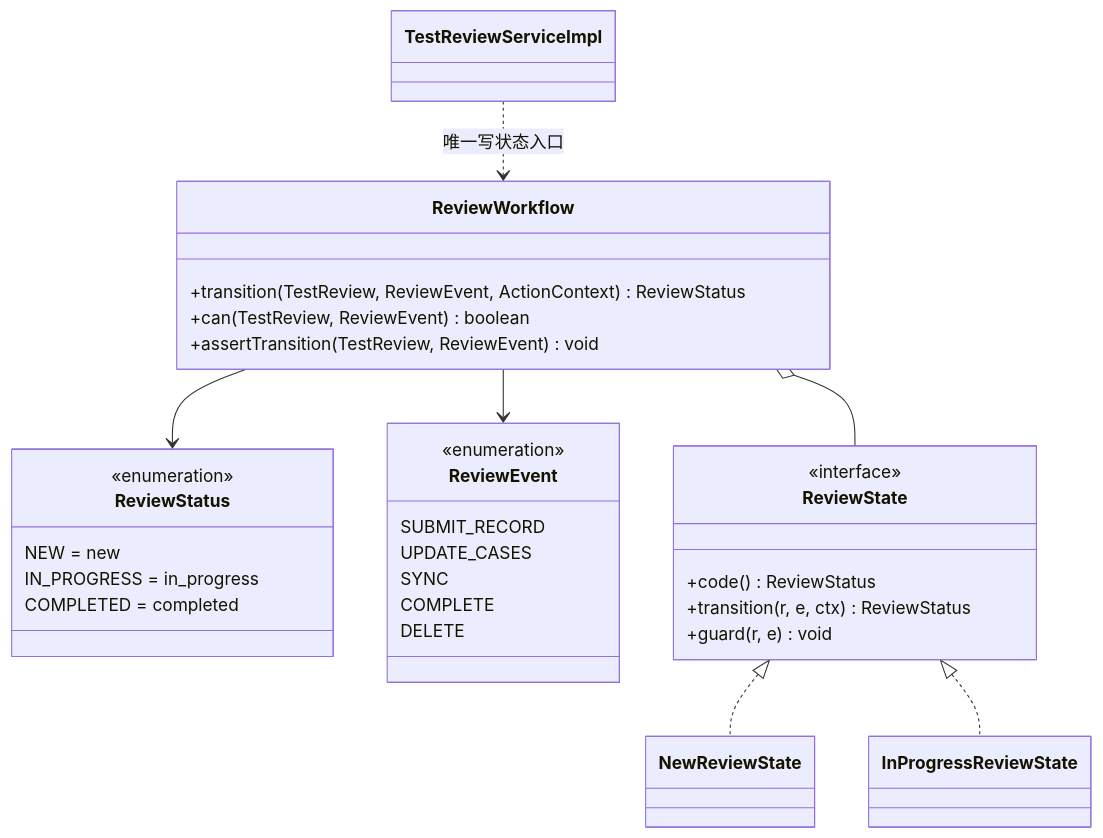
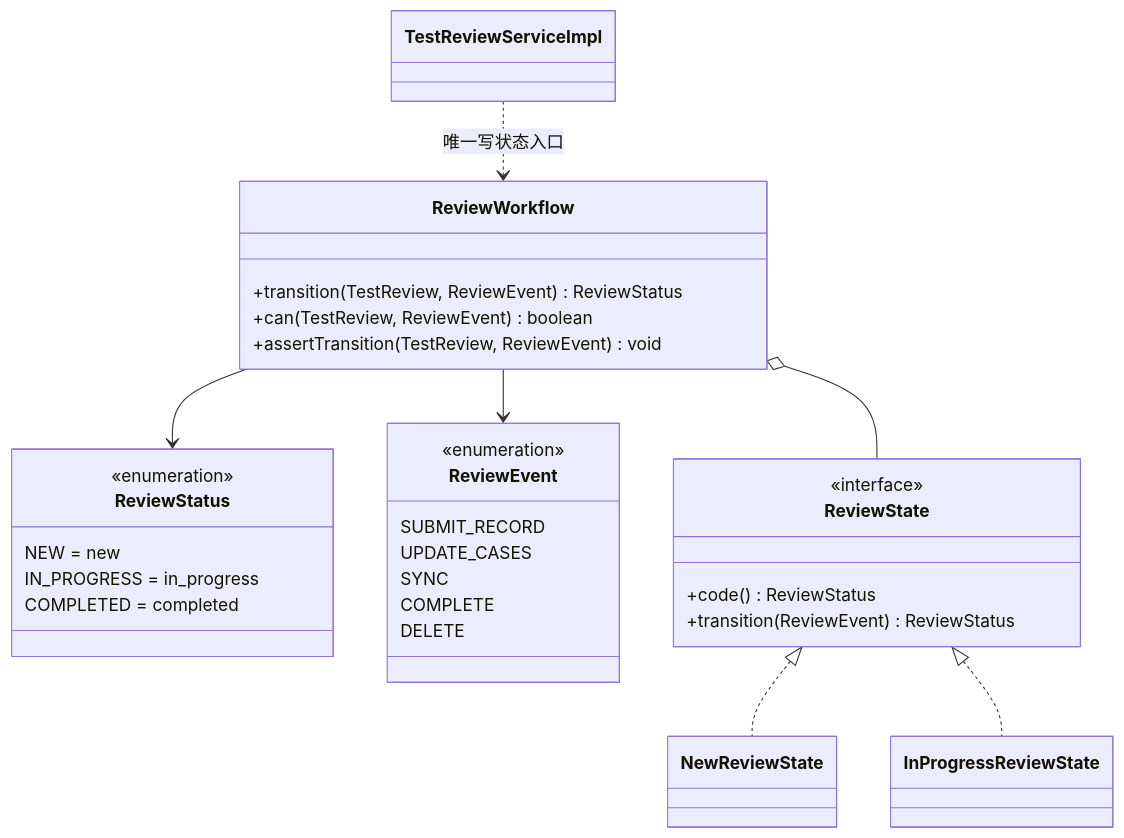
The first of 2 diagrams in docs/重构方案/03-功能测试域重构方案.md (XiaoMiSum/robotest), drawn with Mermaid before and after one commit. The commit also changed other lines of this file and 10 other files, not shown here.

````diff
--- a/docs/重构方案/03-功能测试域重构方案.md
+++ b/docs/重构方案/03-功能测试域重构方案.md
@@ -81,36 +81,35 @@
 ```mermaid
 classDiagram
     class ReviewWorkflow {
-        +transition(TestReview, ReviewEvent, ActionContext) ReviewStatus
+        +transition(TestReview, ReviewEvent) ReviewStatus
         +can(TestReview, ReviewEvent) boolean
         +assertTransition(TestReview, ReviewEvent) void
     }
     class ReviewStatus {
         <<enumeration>>
         NEW = new
         IN_PROGRESS = in_progress
         COMPLETED = completed
     }
     class ReviewEvent {
         <<enumeration>>
         SUBMIT_RECORD
         UPDATE_CASES
         SYNC
         COMPLETE
         DELETE
     }
     class ReviewState {
         <<interface>>
         +code() ReviewStatus
-        +transition(r, e, ctx) ReviewStatus
-        +guard(r, e) void
+        +transition(ReviewEvent) ReviewStatus
     }
     class NewReviewState
     class InProgressReviewState
     ReviewWorkflow --> ReviewStatus
     ReviewWorkflow --> ReviewEvent
     ReviewState <|.. NewReviewState
     ReviewState <|.. InProgressReviewState
     ReviewWorkflow o-- ReviewState
     TestReviewServiceImpl ..> ReviewWorkflow : 唯一写状态入口
 ```
````
